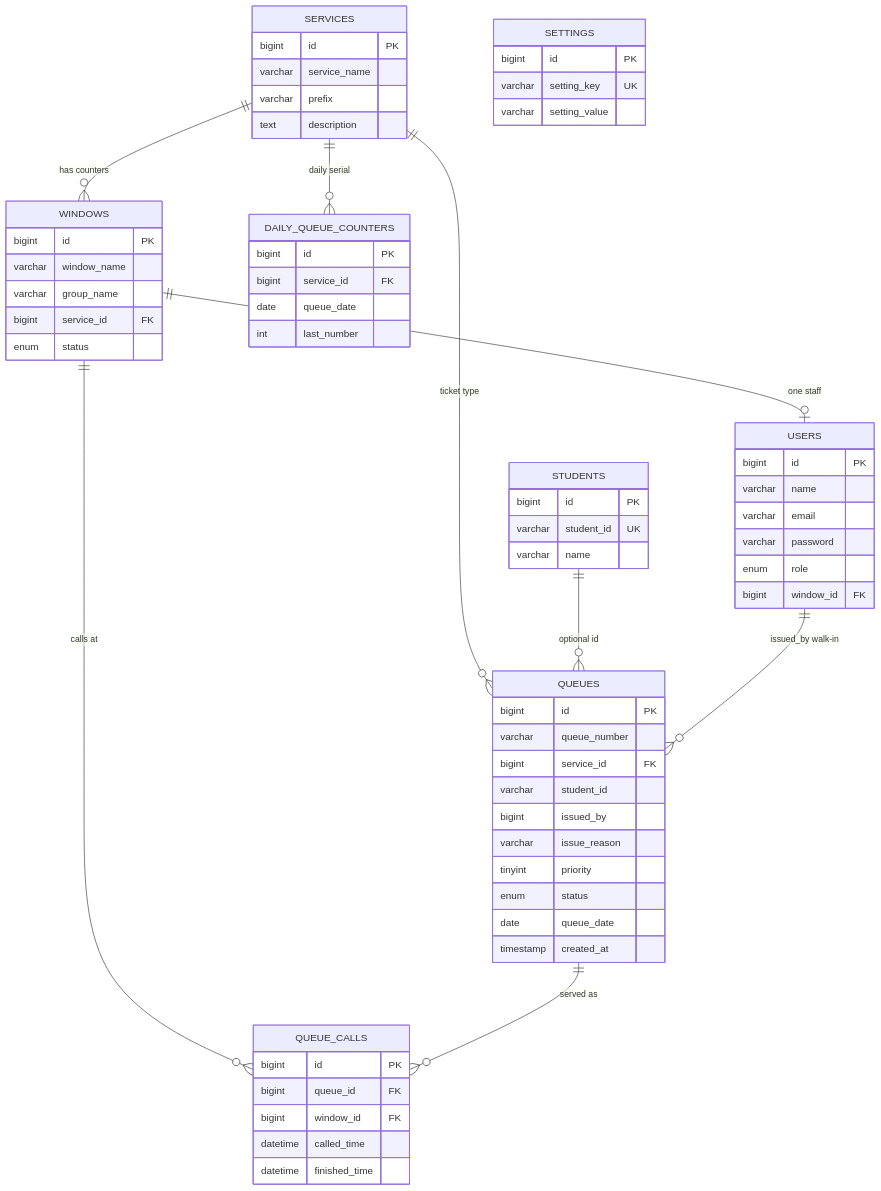
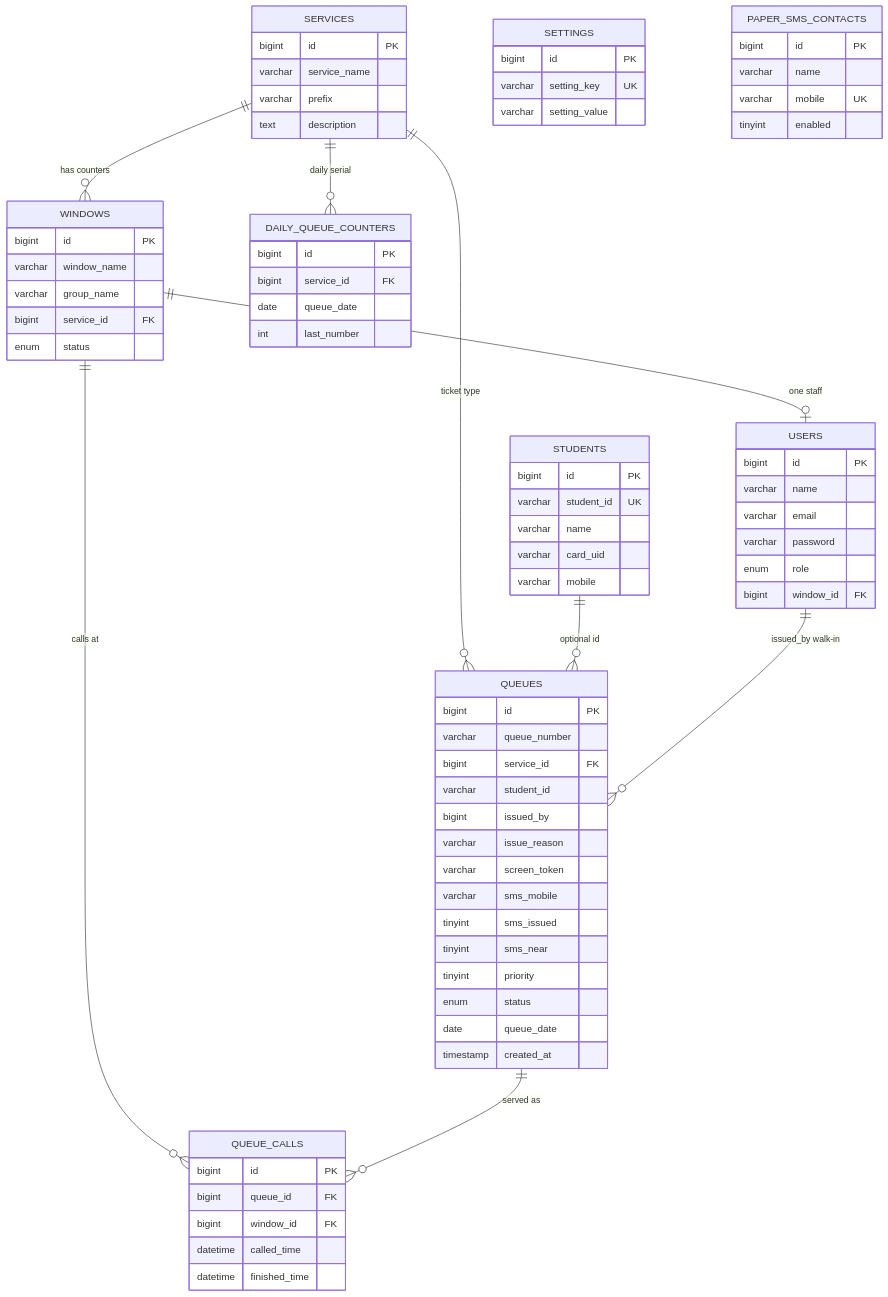
The diagram in docs/erd.md (rhems95/queuing-system), drawn with Mermaid before and after one commit. The commit also changed other lines of this file and 30 other files, not shown here.

First line of the commit message:
Add staff paper-out SMS and a walk-in screen token so a photo of the printed ticket cannot stand in for the person.

```diff
--- a/docs/erd.md
+++ b/docs/erd.md
@@ -63,6 +63,10 @@
         varchar student_id
         bigint issued_by
         varchar issue_reason
+        varchar screen_token
+        varchar sms_mobile
+        tinyint sms_issued
+        tinyint sms_near
         tinyint priority
         enum status
         date queue_date
@@ -73,12 +77,21 @@
         bigint id PK
         varchar student_id UK
         varchar name
+        varchar card_uid
+        varchar mobile
     }
 
     SETTINGS {
         bigint id PK
         varchar setting_key UK
         varchar setting_value
+    }
+
+    PAPER_SMS_CONTACTS {
+        bigint id PK
+        varchar name
+        varchar mobile UK
+        tinyint enabled
     }
 
     QUEUE_CALLS {
```
